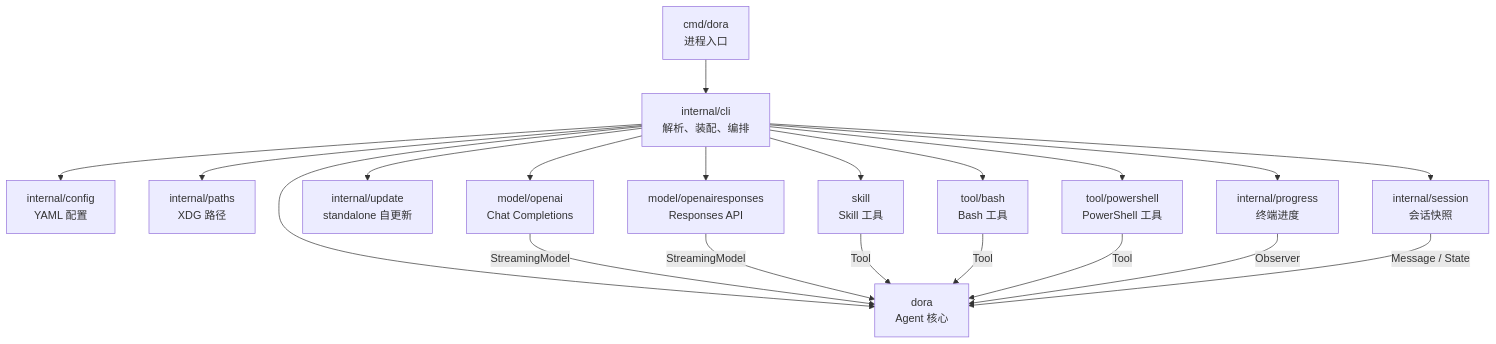
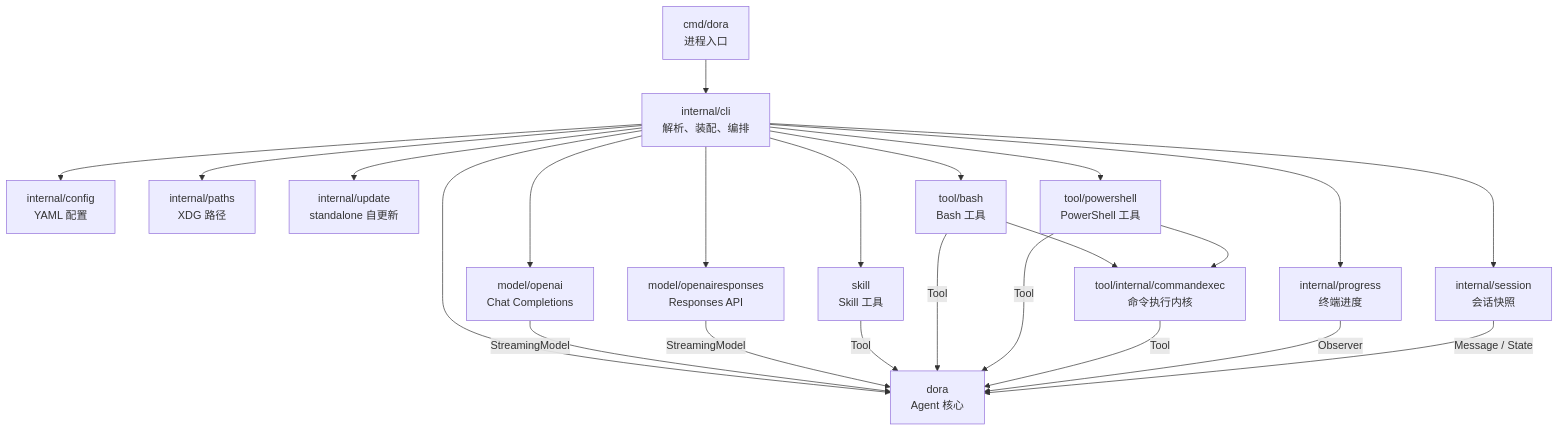
Before and after one commit to lgxz/dora: the first of 2 diagrams in docs/architecture.md, drawn with Mermaid. The commit also changed other lines of this file and 6 other files, not shown here.

Commit message:
refactor: share command tool execution core

````diff
--- a/docs/architecture.md
+++ b/docs/architecture.md
@@ -17,24 +17,28 @@
 ```mermaid
 flowchart TD
     Main["cmd/dora<br/>进程入口"] --> CLI["internal/cli<br/>解析、装配、编排"]
 
     CLI --> Config["internal/config<br/>YAML 配置"]
     CLI --> Paths["internal/paths<br/>XDG 路径"]
     CLI --> Session["internal/session<br/>会话快照"]
     CLI --> Update["internal/update<br/>standalone 自更新"]
     CLI --> Progress["internal/progress<br/>终端进度"]
     CLI --> Core["dora<br/>Agent 核心"]
     CLI --> OpenAI["model/openai<br/>Chat Completions"]
     CLI --> Responses["model/openairesponses<br/>Responses API"]
     CLI --> Skill["skill<br/>Skill 工具"]
     CLI --> Bash["tool/bash<br/>Bash 工具"]
     CLI --> PowerShell["tool/powershell<br/>PowerShell 工具"]
 
+    Bash --> CommandExec["tool/internal/commandexec<br/>命令执行内核"]
+    PowerShell --> CommandExec
+
     OpenAI -->|"StreamingModel"| Core
     Responses -->|"StreamingModel"| Core
     Skill -->|"Tool"| Core
     Bash -->|"Tool"| Core
     PowerShell -->|"Tool"| Core
+    CommandExec -->|"Tool"| Core
     Progress -->|"Observer"| Core
     Session -->|"Message / State"| Core
 ```
````
